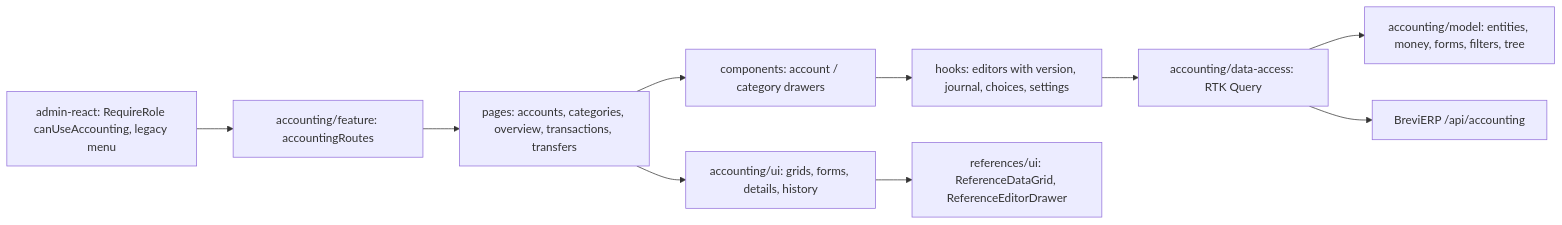
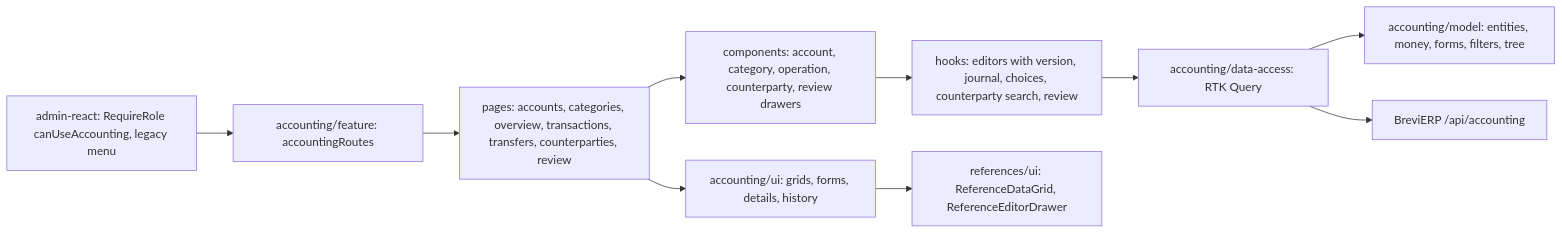
One commit to Weretik/brevi-web changed the diagram in docs/features/admin/accounting.md. Above: the diagram before and after it, drawn with Mermaid. The commit also changed other lines of this file and 63 other files, not shown here.

````diff
--- a/docs/features/admin/accounting.md
+++ b/docs/features/admin/accounting.md
@@ -32,12 +42,12 @@
 ```mermaid
 flowchart LR
   App["admin-react: RequireRole canUseAccounting, legacy menu"] --> Routes["accounting/feature: accountingRoutes"]
-  Routes --> Pages["pages: accounts, categories, overview, transactions, transfers"]
-  Pages --> Drawers["components: account / category drawers"]
-  Drawers --> Hooks["hooks: editors with version, journal, choices, settings"]
+  Routes --> Pages["pages: accounts, categories, overview, transactions, transfers, counterparties, review"]
+  Pages --> Drawers["components: account, category, operation, counterparty, review drawers"]
+  Drawers --> Hooks["hooks: editors with version, journal, choices, counterparty search, review"]
   Pages --> UI["accounting/ui: grids, forms, details, history"]
   UI --> RefUI["references/ui: ReferenceDataGrid, ReferenceEditorDrawer"]
   Hooks --> DataAccess["accounting/data-access: RTK Query"]
   DataAccess --> Model["accounting/model: entities, money, forms, filters, tree"]
   DataAccess --> API["BreviERP /api/accounting"]
 ```
````
